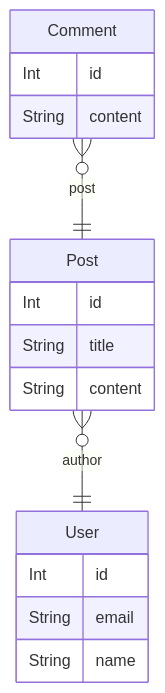
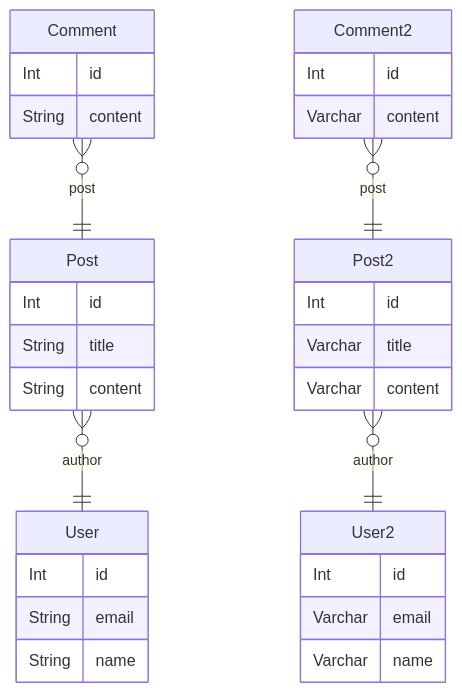
The diagram in README.md (KostyalBalint/db-string-varchar-speed-test), drawn with Mermaid before and after one commit. The commit also changed other lines of this file and 5 other files, not shown here.

````diff
--- a/README.md
+++ b/README.md
@@ -17,24 +15,46 @@
 ```mermaid
 erDiagram
   User {
     Int id
     String email
     String name  
   }
 
 
   Post {
     Int id
     String title
     String content  
   }
 
 
   Comment {
     Int id
     String content  
   }
 
 Post o{--|| User : "author"
 Comment o{--|| Post : "post"
+
+  User2 {
+    Int id
+    Varchar email
+    Varchar name  
+  }
+
+
+  Post2 {
+    Int id
+    Varchar title
+    Varchar content  
+  }
+
+
+  Comment2 {
+    Int id
+    Varchar content  
+  }
+
+Post2 o{--|| User2 : "author"
+Comment2 o{--|| Post2 : "post"
 ```
````
